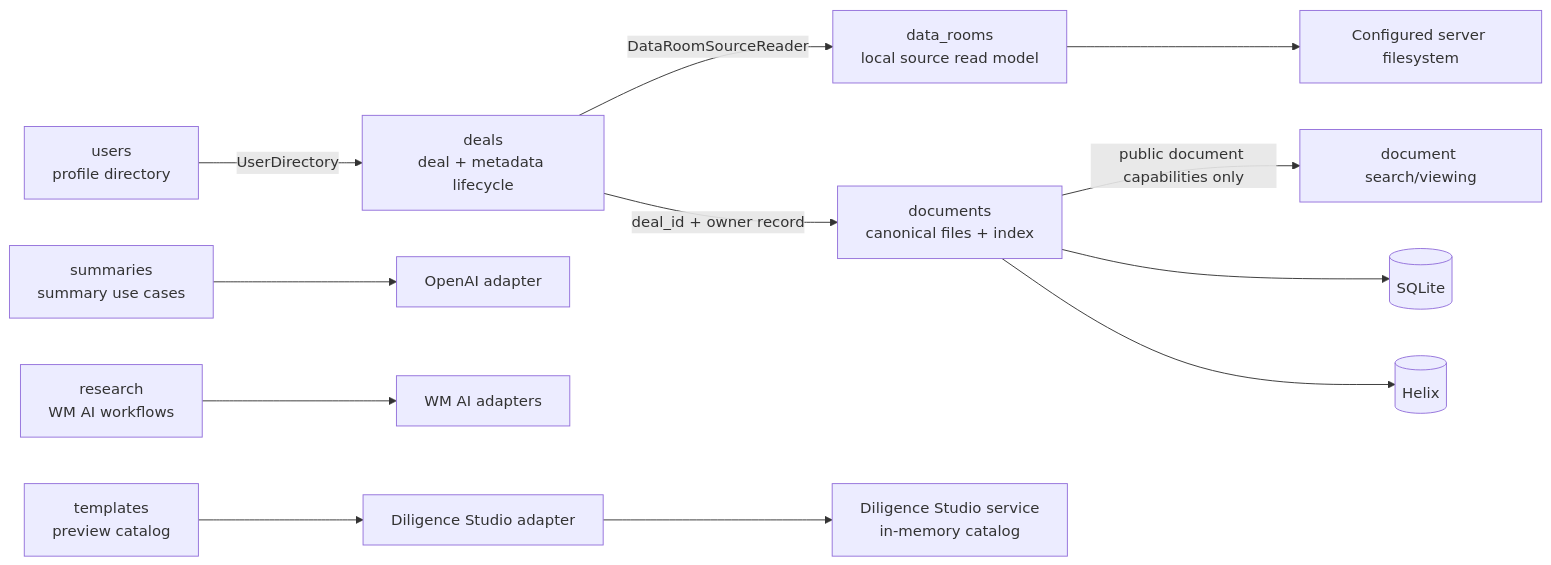
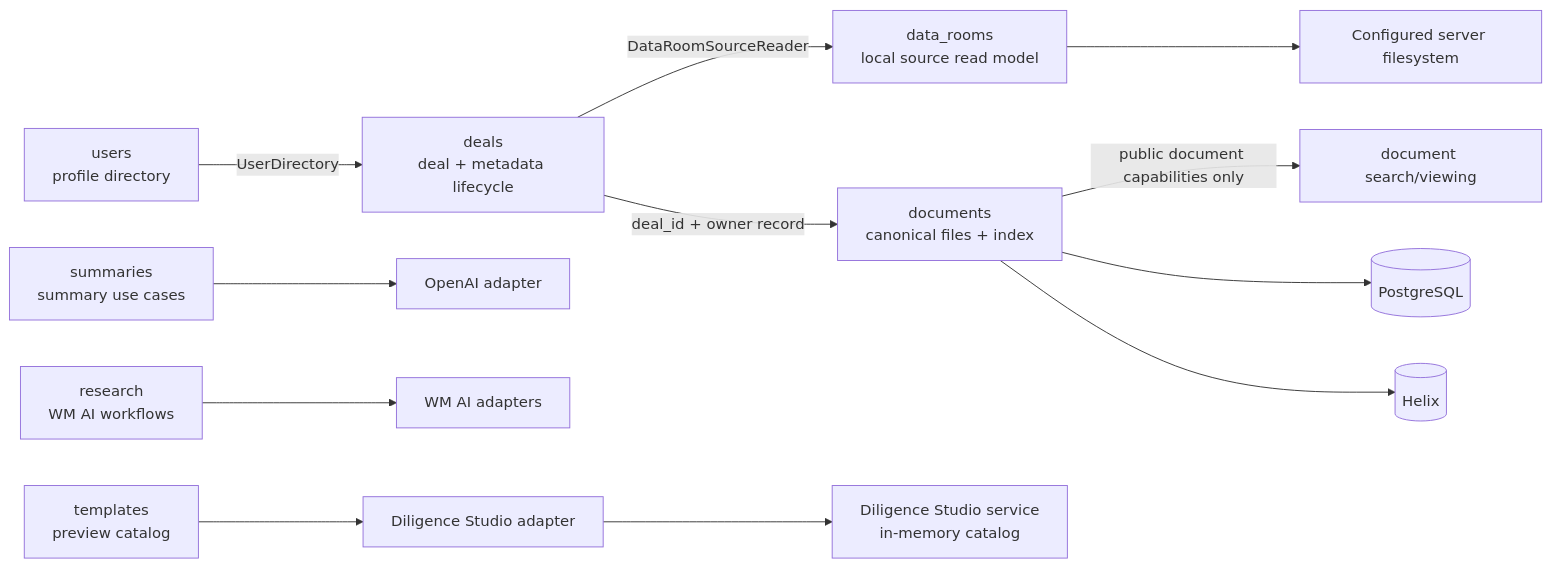
One commit to ratik-gambhir-WM/Quarry changed the first of 2 diagrams in docs/DOMAIN_MODEL.md. Above: the diagram before and after it, drawn with Mermaid. The commit also changed other lines of this file and 129 other files, not shown here.

````diff
--- a/docs/DOMAIN_MODEL.md
+++ b/docs/DOMAIN_MODEL.md
@@ -93,23 +97,23 @@
 ```mermaid
 flowchart LR
     Users[users\nprofile directory]
     Deals[deals\ndeal + metadata lifecycle]
     DataRooms[data_rooms\nlocal source read model]
     Documents[documents\ncanonical files + index]
     Summaries[summaries\nsummary use cases]
     Research[research\nWM AI workflows]
     Templates[templates\npreview catalog]
 
     Users -->|UserDirectory| Deals
     Deals -->|DataRoomSourceReader| DataRooms
     Deals -->|deal_id + owner record| Documents
     Documents -->|public document capabilities only| Search[document search/viewing]
 
     Summaries --> OpenAI[OpenAI adapter]
     Research --> WMAI[WM AI adapters]
     Templates --> DSAdapter[Diligence Studio adapter]
     DSAdapter --> DS[Diligence Studio service\nin-memory catalog]
     DataRooms --> FS[Configured server filesystem]
-    Documents --> SQLite[(SQLite)]
+    Documents --> PostgreSQL[(PostgreSQL)]
     Documents --> Helix[(Helix)]
 ```
````
